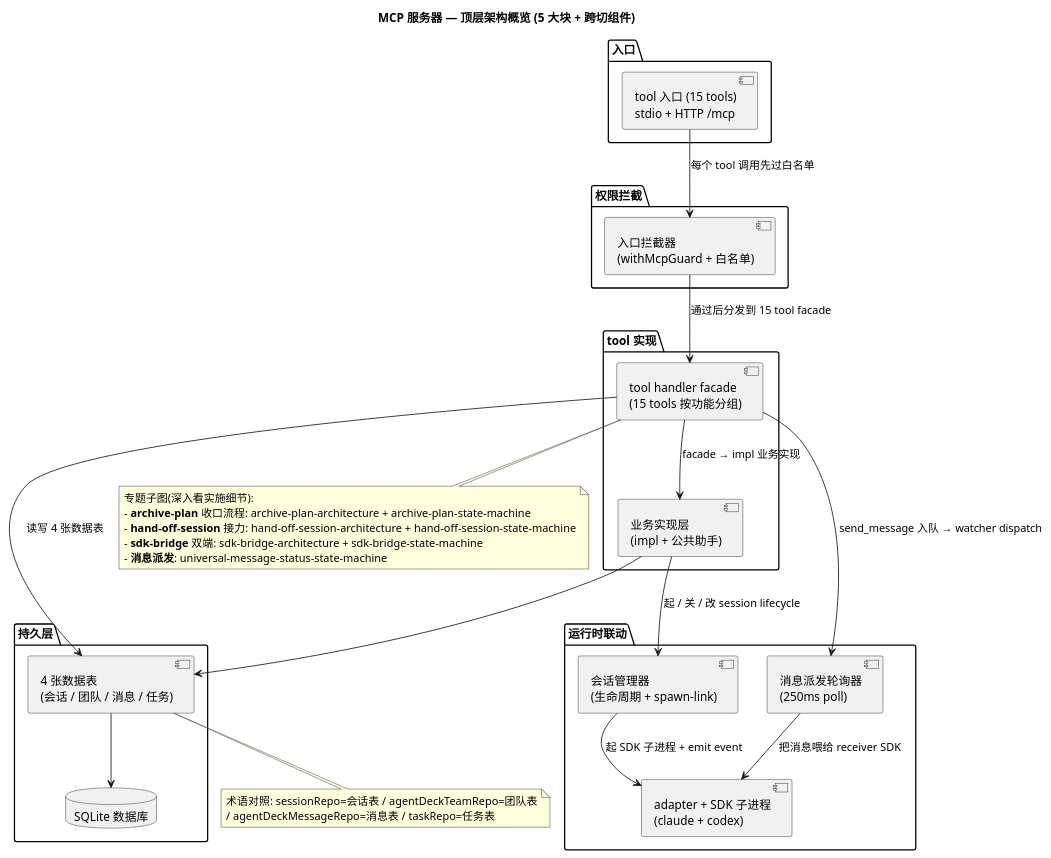
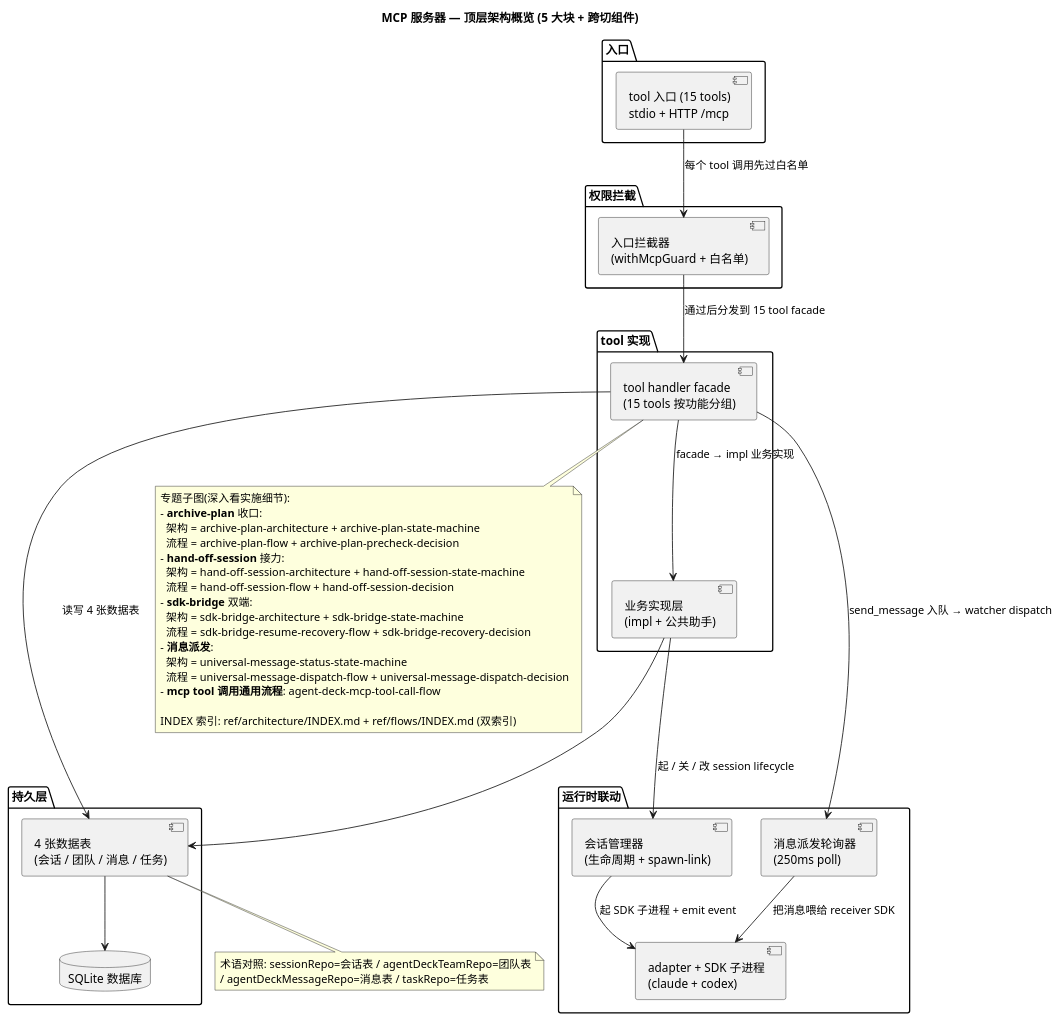
Before and after one commit to myqz-wld/agent-deck: the diagram in ref/architecture/agent-deck-mcp-architecture.puml, drawn with PlantUML. The commit also changed 2 other files, not shown here.

First paragraph of the commit message:
docs(plantuml): Phase 3 Step 3.5 R2 fix — 1 HIGH + 2 MED finding 收口
R2 deep-review SKILL kind='mixed' 异构对抗发现 R1 fix 残留:

```diff
--- a/ref/architecture/agent-deck-mcp-architecture.puml
+++ b/ref/architecture/agent-deck-mcp-architecture.puml
@@ -3,59 +3,70 @@
 @startuml agent-deck-mcp-architecture
 
 title MCP 服务器 — 顶层架构概览 (5 大块 + 跨切组件)
 
 ' 节点名用日常术语优先,括号注 codename
 ' 详细 module 名 / 函数名 / LOC / commit / REVIEW 引用见 INDEX 第 3 列「关联 plan / commit」
 
 package "入口" as L1 {
   [tool 入口 (15 tools)\nstdio + HTTP /mcp] as Entry
 }
 
 package "权限拦截" as L2 {
   [入口拦截器\n(withMcpGuard + 白名单)] as Guard
 }
 
 package "tool 实现" as L3 {
   [tool handler facade\n(15 tools 按功能分组)] as Handler
   [业务实现层\n(impl + 公共助手)] as Impl
 }
 
 package "持久层" as L4 {
   [4 张数据表\n(会话 / 团队 / 消息 / 任务)] as Repos
   database "SQLite 数据库" as DB
 }
 
 package "运行时联动" as L5 {
   [会话管理器\n(生命周期 + spawn-link)] as SM
   [adapter + SDK 子进程\n(claude + codex)] as Adapter
   [消息派发轮询器\n(250ms poll)] as Watcher
 }
 
 ' ─── 主调用链 ───
 Entry --> Guard : 每个 tool 调用先过白名单
 Guard --> Handler : 通过后分发到 15 tool facade
 Handler --> Impl : facade → impl 业务实现
 Handler --> Repos : 读写 4 张数据表
 Impl --> Repos
 Impl --> SM : 起 / 关 / 改 session lifecycle
 SM --> Adapter : 起 SDK 子进程 + emit event
 Handler --> Watcher : send_message 入队 → watcher dispatch
 Watcher --> Adapter : 把消息喂给 receiver SDK
 Repos --> DB
 
 ' ─── 专题子图 cross-ref (画图人按主题查) ───
 
 note bottom of Handler
   专题子图(深入看实施细节):
-  - **archive-plan** 收口流程: archive-plan-architecture + archive-plan-state-machine
-  - **hand-off-session** 接力: hand-off-session-architecture + hand-off-session-state-machine
-  - **sdk-bridge** 双端: sdk-bridge-architecture + sdk-bridge-state-machine
-  - **消息派发**: universal-message-status-state-machine
+  - **archive-plan** 收口:
+    架构 = archive-plan-architecture + archive-plan-state-machine
+    流程 = archive-plan-flow + archive-plan-precheck-decision
+  - **hand-off-session** 接力:
+    架构 = hand-off-session-architecture + hand-off-session-state-machine
+    流程 = hand-off-session-flow + hand-off-session-decision
+  - **sdk-bridge** 双端:
+    架构 = sdk-bridge-architecture + sdk-bridge-state-machine
+    流程 = sdk-bridge-resume-recovery-flow + sdk-bridge-recovery-decision
+  - **消息派发**:
+    架构 = universal-message-status-state-machine
+    流程 = universal-message-dispatch-flow + universal-message-dispatch-decision
+  - **mcp tool 调用通用流程**: agent-deck-mcp-tool-call-flow
+
+  INDEX 索引: ref/architecture/INDEX.md + ref/flows/INDEX.md (双索引)
 end note
 
 note bottom of Repos
   术语对照: sessionRepo=会话表 / agentDeckTeamRepo=团队表
   / agentDeckMessageRepo=消息表 / taskRepo=任务表
 end note
 
 @enduml
```
